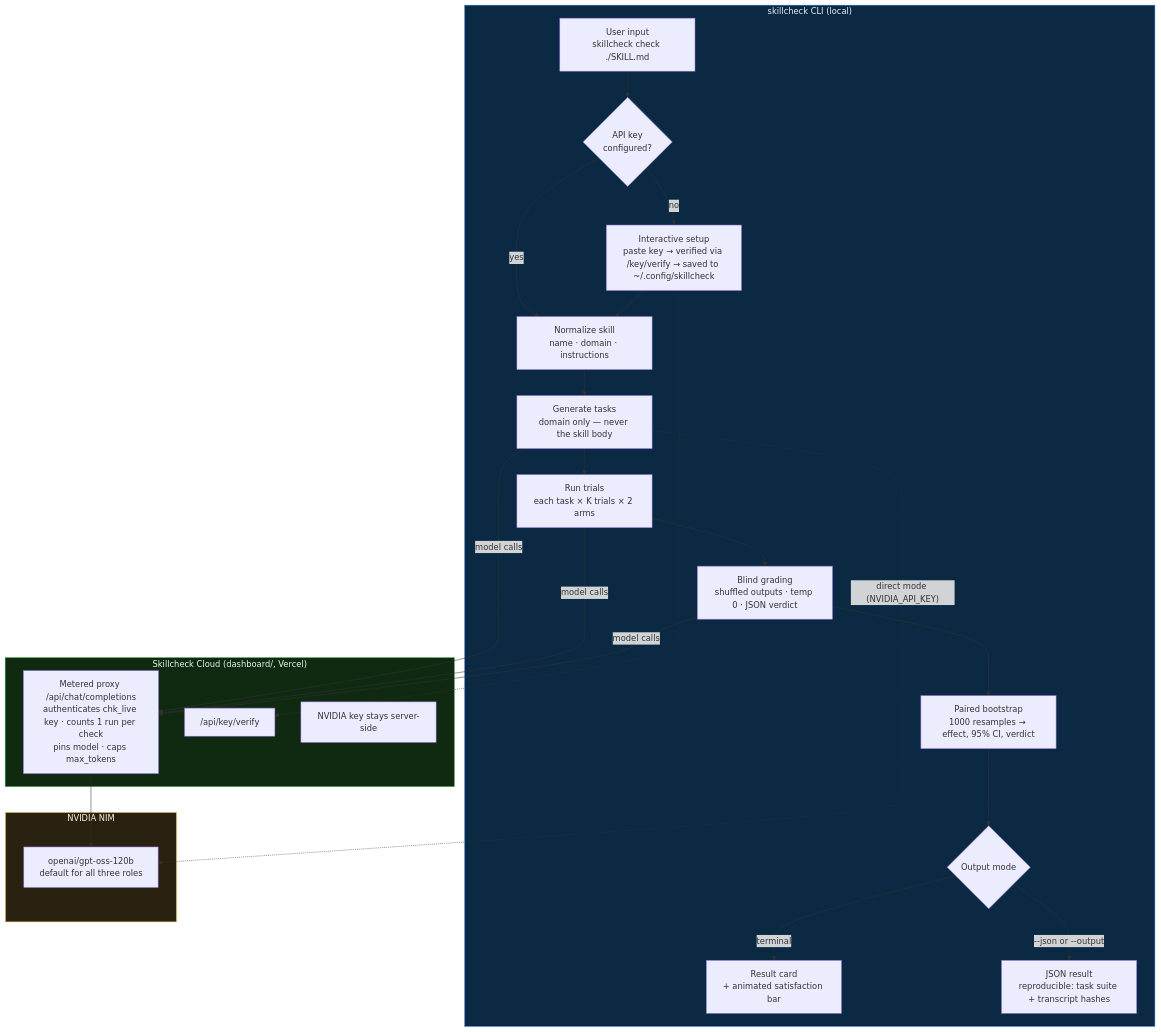
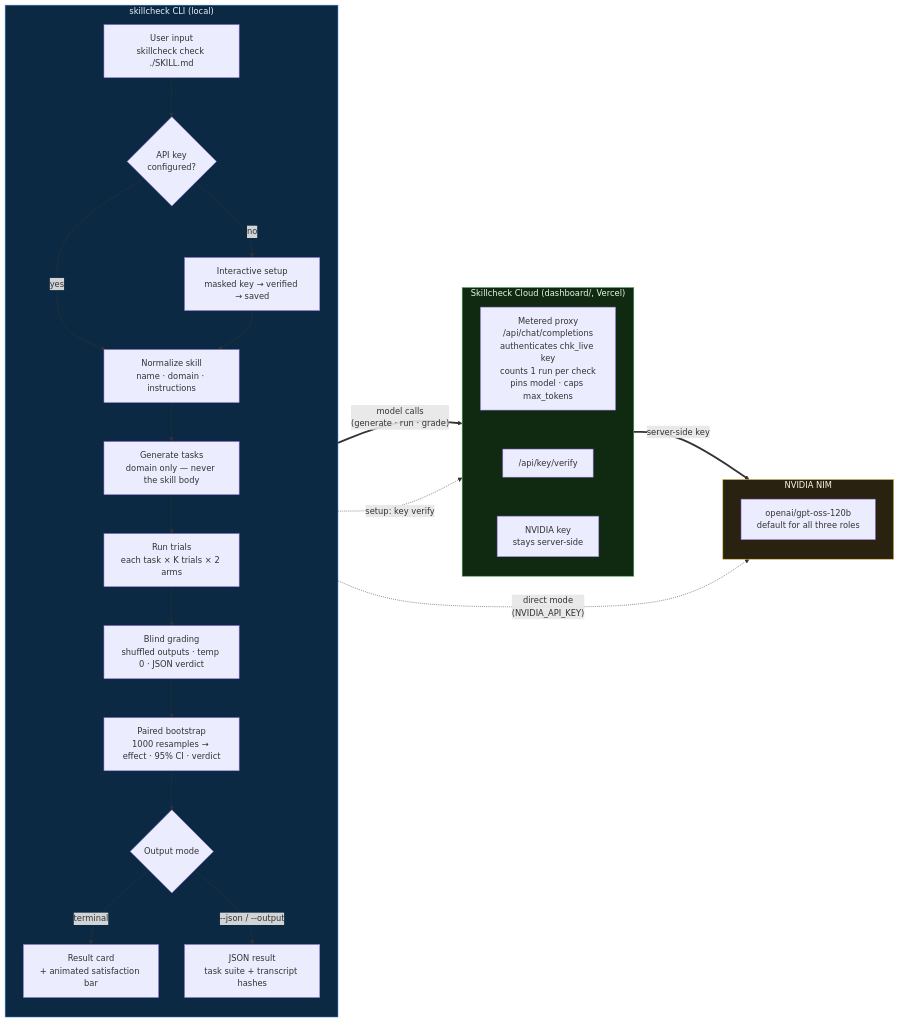
The diagram in README.md (sx4im/skillcheck), drawn with Mermaid before and after one commit. The commit also changed other lines of this file and 3 other files, not shown here.

First line of the commit message:
brand: one-line SKILLCHECK wordmark (CLI + README hero) and left-to-right architecture diagram

````diff
--- a/README.md
+++ b/README.md
@@ -134,37 +138,39 @@
 ```mermaid
-flowchart TD
+flowchart LR
     subgraph CLI["skillcheck CLI (local)"]
+        direction TB
         A["User input<br/>skillcheck check ./SKILL.md"] --> B{API key<br/>configured?}
-        B -- no --> C["Interactive setup<br/>paste key → verified via /key/verify → saved to ~/.config/skillcheck"]
+        B -- no --> C["Interactive setup<br/>masked key → verified → saved"]
         B -- yes --> D
         C --> D["Normalize skill<br/>name · domain · instructions"]
         D --> E["Generate tasks<br/>domain only — never the skill body"]
         E --> F["Run trials<br/>each task × K trials × 2 arms"]
         F --> G["Blind grading<br/>shuffled outputs · temp 0 · JSON verdict"]
-        G --> H["Paired bootstrap<br/>1000 resamples → effect, 95% CI, verdict"]
+        G --> H["Paired bootstrap<br/>1000 resamples → effect · 95% CI · verdict"]
         H --> I{Output mode}
         I -->|terminal| J["Result card<br/>+ animated satisfaction bar"]
-        I -->|"--json or --output"| K["JSON result<br/>reproducible: task suite + transcript hashes"]
+        I -->|"--json / --output"| K["JSON result<br/>task suite + transcript hashes"]
     end
 
     subgraph Cloud["Skillcheck Cloud (dashboard/, Vercel)"]
-        P["Metered proxy /api/chat/completions<br/>authenticates chk_live key · counts 1 run per check<br/>pins model · caps max_tokens"]
+        direction TB
+        P["Metered proxy<br/>/api/chat/completions<br/>authenticates chk_live key<br/>counts 1 run per check<br/>pins model · caps max_tokens"]
         V["/api/key/verify"]
-        P2["NVIDIA key stays server-side"]
+        S["NVIDIA key<br/>stays server-side"]
+        P ~~~ V ~~~ S
     end
 
     subgraph NIM["NVIDIA NIM"]
+        direction TB
         M["openai/gpt-oss-120b<br/>default for all three roles"]
     end
 
-    C -.-> V
-    E -->|model calls| P
-    F -->|model calls| P
-    G -->|model calls| P
-    P --> M
-    E -.->|"direct mode (NVIDIA_API_KEY)"| M
+    CLI ==>|"model calls<br/>(generate · run · grade)"| Cloud
+    CLI -.->|"setup: key verify"| Cloud
+    Cloud ==>|server-side key| NIM
+    CLI -.->|"direct mode<br/>(NVIDIA_API_KEY)"| NIM
 
     style CLI fill:#0b2942,stroke:#2d7dd2,color:#e8f0fe
     style Cloud fill:#102a12,stroke:#3fa34d,color:#e8f5e9
     style NIM fill:#2a2210,stroke:#d2a52d,color:#fdf6e3
 ```
````
